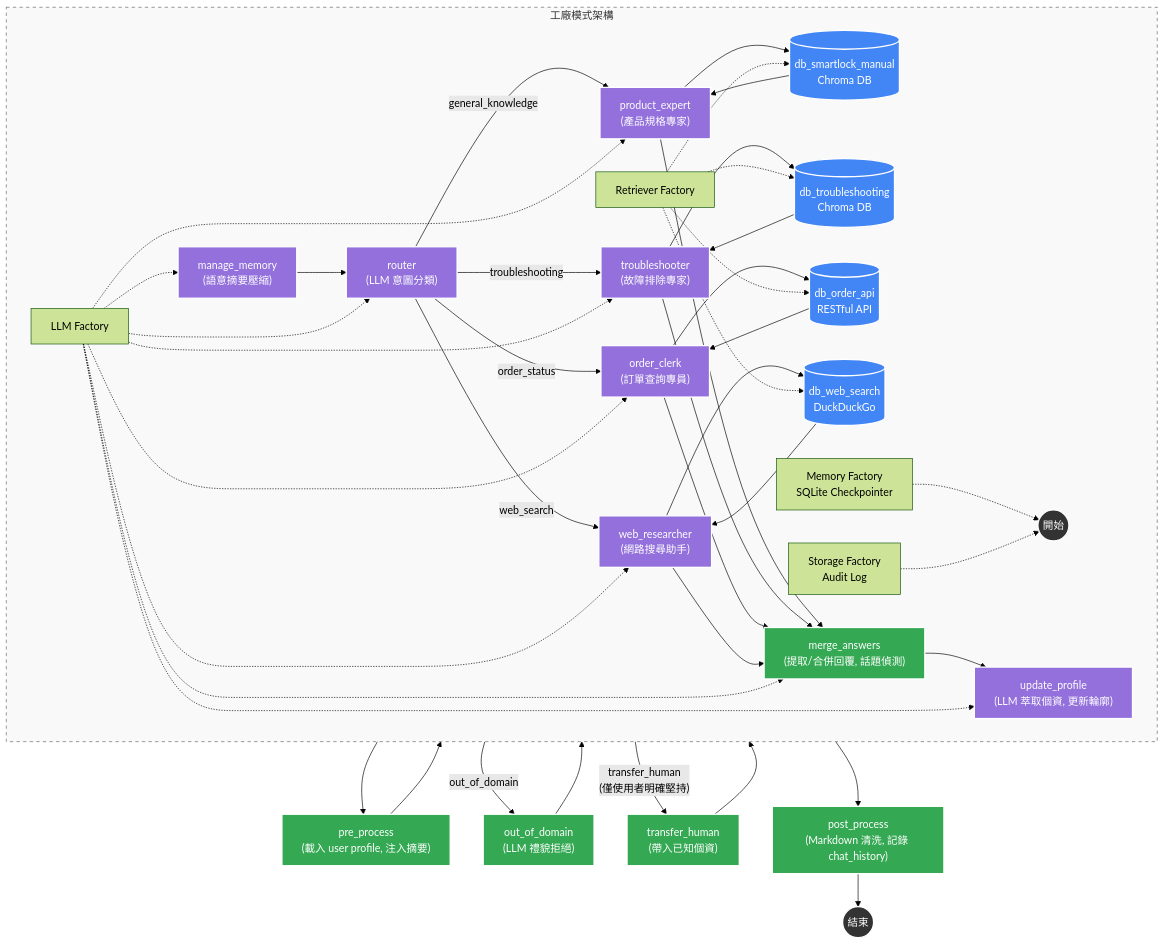
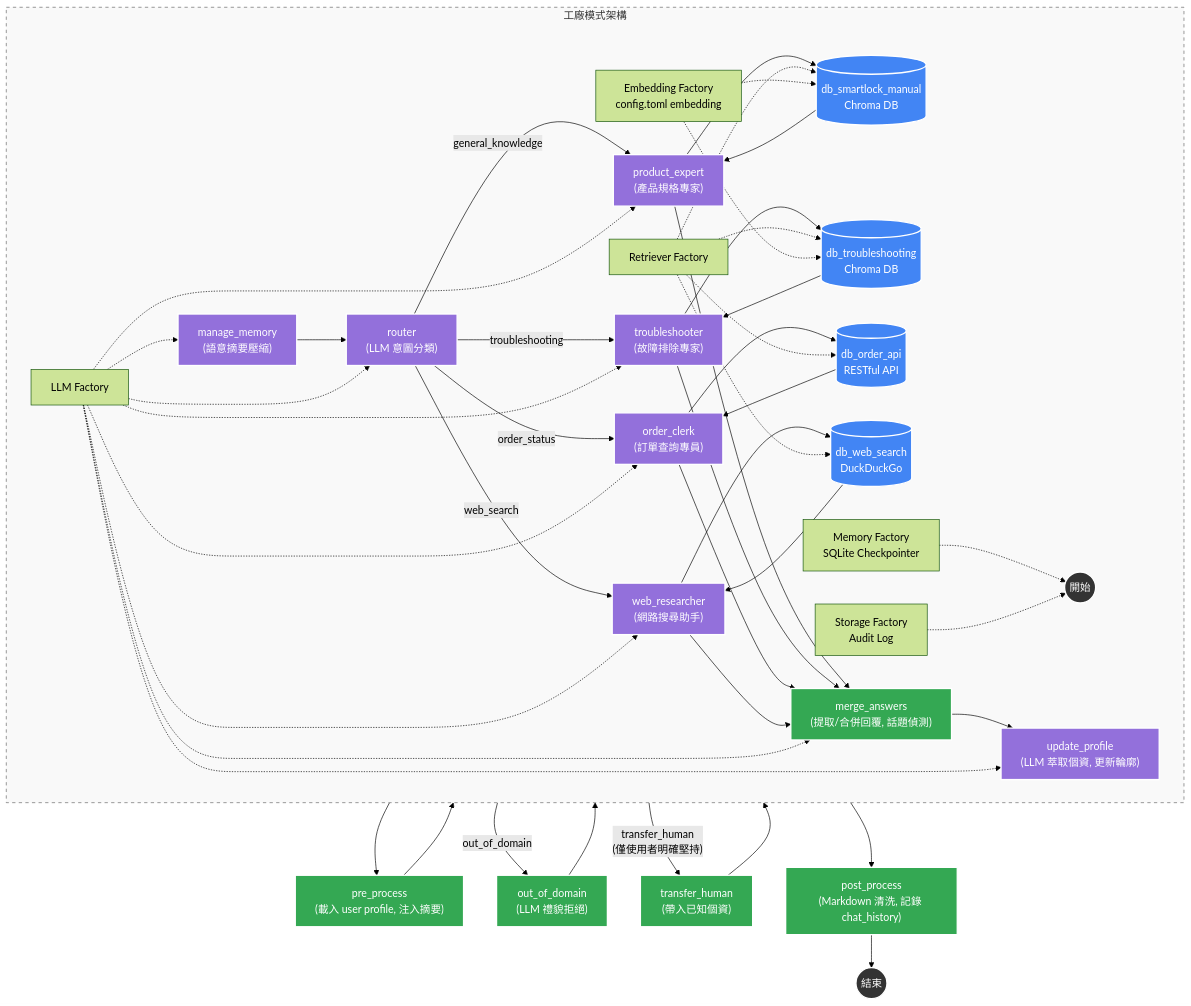
The first of 4 diagrams in docs/manuals/系統架構與流程圖.md (Imding1211/lock_AI_Agent), drawn with Mermaid (forest theme) before and after one commit. The commit also changed 8 other files, not shown here.

First line of the commit message:
feat: 全域 Embedding 引擎，將 embedding 設定提升為 config.toml 頂層區塊

````diff
--- a/docs/manuals/系統架構與流程圖.md
+++ b/docs/manuals/系統架構與流程圖.md
@@ -3,57 +3,58 @@
 ```mermaid
 graph TD
     %% 節點樣式定義
     classDef startEnd fill:#333,stroke:#fff,stroke-width:2px,color:#fff;
     classDef llmNode fill:#9370DB,stroke:#fff,stroke-width:2px,color:#fff;
     classDef decision fill:#ff9900,stroke:#333,stroke-width:2px;
     classDef dbNode fill:#4285f4,stroke:#fff,stroke-width:2px,color:#fff;
     classDef actionNode fill:#34a853,stroke:#fff,stroke-width:2px,color:#fff;
     classDef note fill:#f9f9f9,stroke:#666,stroke-dasharray: 5 5;
 
     %% 核心流程
     START((開始)):::startEnd --> pre_process["pre_process<br/>(載入 user profile, 注入摘要)"]:::actionNode
     pre_process --> manage_memory["manage_memory<br/>(語意摘要壓縮)"]:::llmNode
     manage_memory --> router["router<br/>(LLM 意圖分類)"]:::llmNode
 
     %% 意圖分流（Send() fan-out，多意圖可平行派發）
     router -- "general_knowledge" --> PE["product_expert<br/>(產品規格專家)"]:::llmNode
     router -- "troubleshooting" --> TS["troubleshooter<br/>(故障排除專家)"]:::llmNode
     router -- "order_status" --> OC["order_clerk<br/>(訂單查詢專員)"]:::llmNode
     router -- "web_search" --> WR["web_researcher<br/>(網路搜尋助手)"]:::llmNode
     router -- "out_of_domain" --> OOD["out_of_domain<br/>(LLM 禮貌拒絕)"]:::actionNode
     router -- "transfer_human<br/>(僅使用者明確堅持)" --> HUMAN["transfer_human<br/>(帶入已知個資)"]:::actionNode
 
     %% Agent 子圖（agent_llm ↔ tool_node 迴圈）
     PE --> PE_TOOL[("db_smartlock_manual<br/>Chroma DB")]:::dbNode
     TS --> TS_TOOL[("db_troubleshooting<br/>Chroma DB")]:::dbNode
     OC --> OC_TOOL[("db_order_api<br/>RESTful API")]:::dbNode
     WR --> WR_TOOL[("db_web_search<br/>DuckDuckGo")]:::dbNode
 
     PE_TOOL --> PE
     TS_TOOL --> TS
     OC_TOOL --> OC
     WR_TOOL --> WR
 
     %% 匯流
     PE --> merge_answers["merge_answers<br/>(提取/合併回覆, 話題偵測)"]:::actionNode
     TS --> merge_answers
     OC --> merge_answers
     WR --> merge_answers
     OOD --> merge_answers
     HUMAN --> merge_answers
 
     merge_answers --> update_profile["update_profile<br/>(LLM 萃取個資, 更新輪廓)"]:::llmNode
     update_profile --> post_process["post_process<br/>(Markdown 清洗, 記錄 chat_history)"]:::actionNode
     post_process --> END((結束)):::startEnd
 
     %% 底層支援
     subgraph Support_Layer [工廠模式架構]
         direction LR
         f1[LLM Factory] -.-> manage_memory & router & PE & TS & OC & WR & merge_answers & update_profile
         f2[Memory Factory<br/>SQLite Checkpointer] -.-> START
         f3[Retriever Factory] -.-> PE_TOOL & TS_TOOL & OC_TOOL & WR_TOOL
         f4[Storage Factory<br/>Audit Log] -.-> START
+        f5[Embedding Factory<br/>config.toml embedding] -.-> PE_TOOL & TS_TOOL
     end
     class Support_Layer note
 
 ```
````
